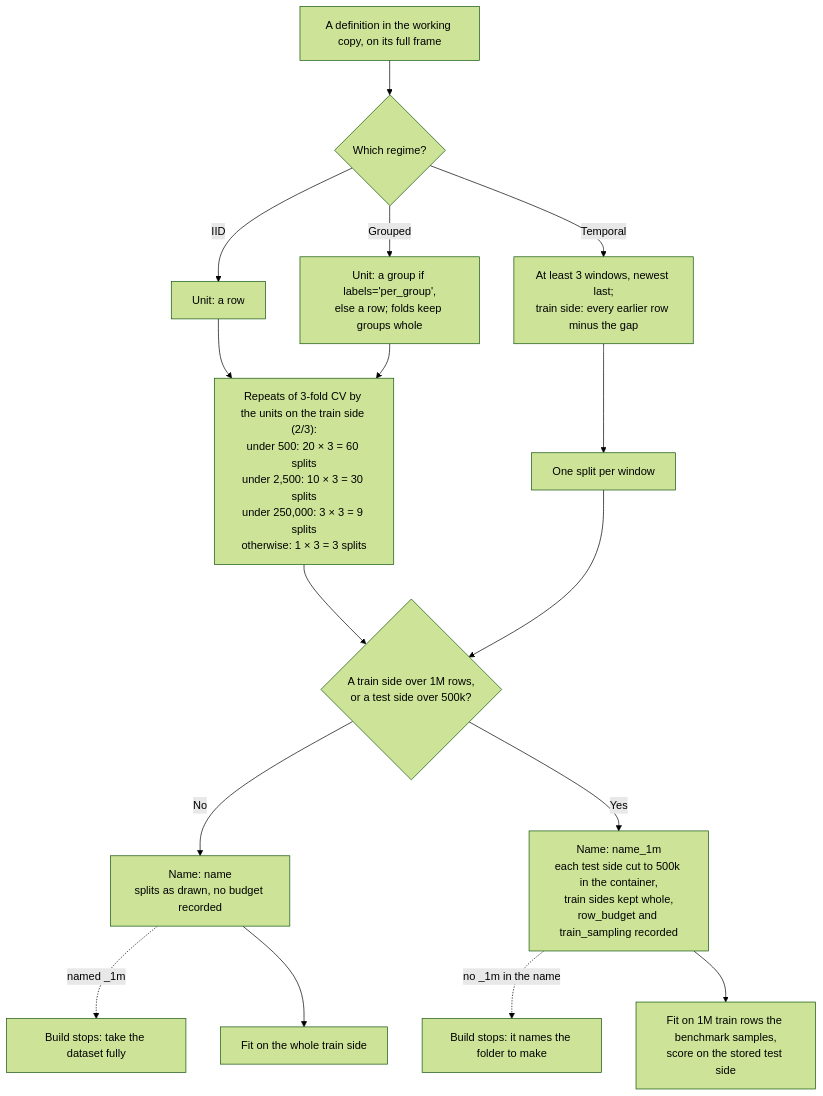
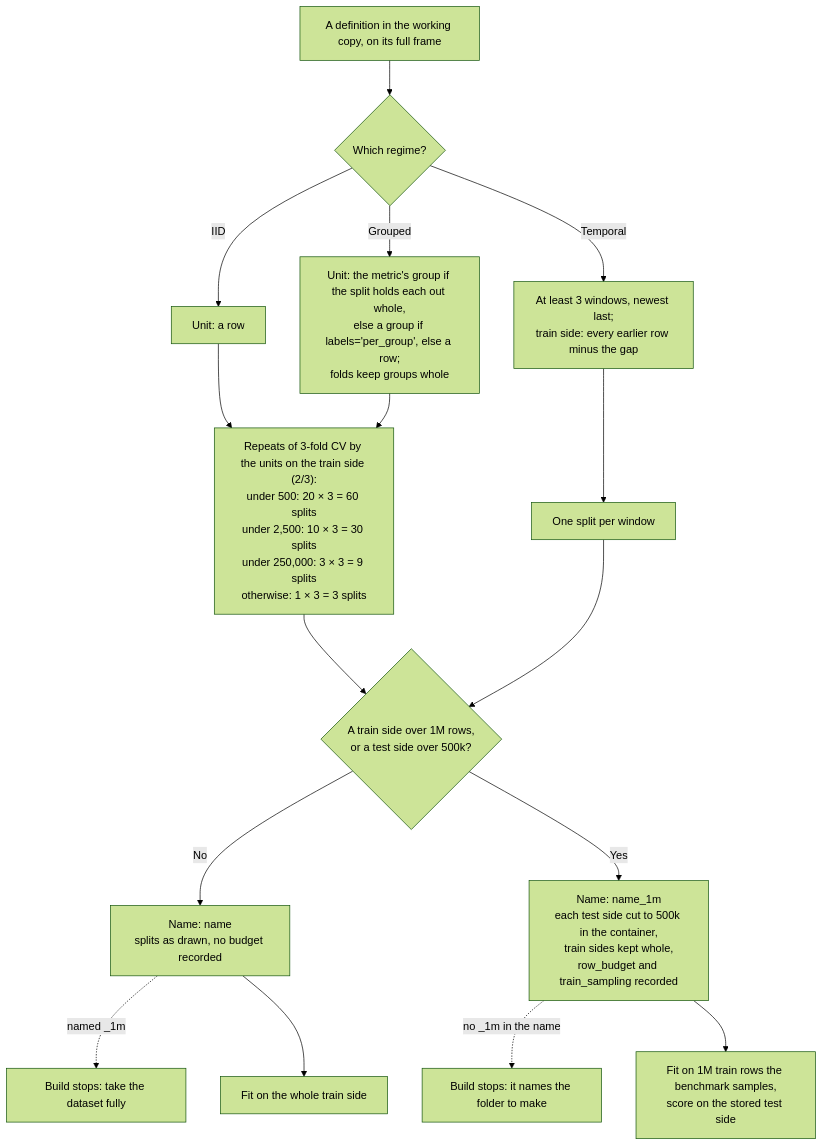
Before and after one commit to TabArena/data-foundry: the diagram in .claude/skills/knowledge-data-foundry/references/split_protocol.md, drawn with Mermaid (forest theme). The commit also changed other lines of this file and 9 other files, not shown here.

First line of the commit message:
The split count in scored units (SPLIT-33): the protocol counts the groups a metric scores

````diff
--- a/.claude/skills/knowledge-data-foundry/references/split_protocol.md
+++ b/.claude/skills/knowledge-data-foundry/references/split_protocol.md
@@ -23,18 +24,18 @@
 ```mermaid
 flowchart TD
     A["A definition in the working copy, on its full frame"] --> Q1{"Which regime?"}
     Q1 -->|IID| U1["Unit: a row"]
-    Q1 -->|Grouped| U2["Unit: a group if labels='per_group',<br/>else a row; folds keep groups whole"]
+    Q1 -->|Grouped| U2["Unit: the metric's group if the split holds each out whole,<br/>else a group if labels='per_group', else a row;<br/>folds keep groups whole"]
     Q1 -->|Temporal| W["At least 3 windows, newest last;<br/>train side: every earlier row minus the gap"]
     U1 --> R["Repeats of 3-fold CV by the units on the train side (2/3):<br/>under 500: 20 × 3 = 60 splits<br/>under 2,500: 10 × 3 = 30 splits<br/>under 250,000: 3 × 3 = 9 splits<br/>otherwise: 1 × 3 = 3 splits"]
     U2 --> R
     W --> S["One split per window"]
     R --> Q2{"A train side over 1M rows,<br/>or a test side over 500k?"}
     S --> Q2
     Q2 -->|No| N["Name: name<br/>splits as drawn, no budget recorded"]
     Q2 -->|Yes| Y["Name: name_1m<br/>each test side cut to 500k in the container,<br/>train sides kept whole,<br/>row_budget and train_sampling recorded"]
     N -.->|"named _1m"| E1["Build stops: take the dataset fully"]
     Y -.->|"no _1m in the name"| E2["Build stops: it names the folder to make"]
     N --> F1["Fit on the whole train side"]
     Y --> F2["Fit on 1M train rows the benchmark samples,<br/>score on the stored test side"]
 ```
````
